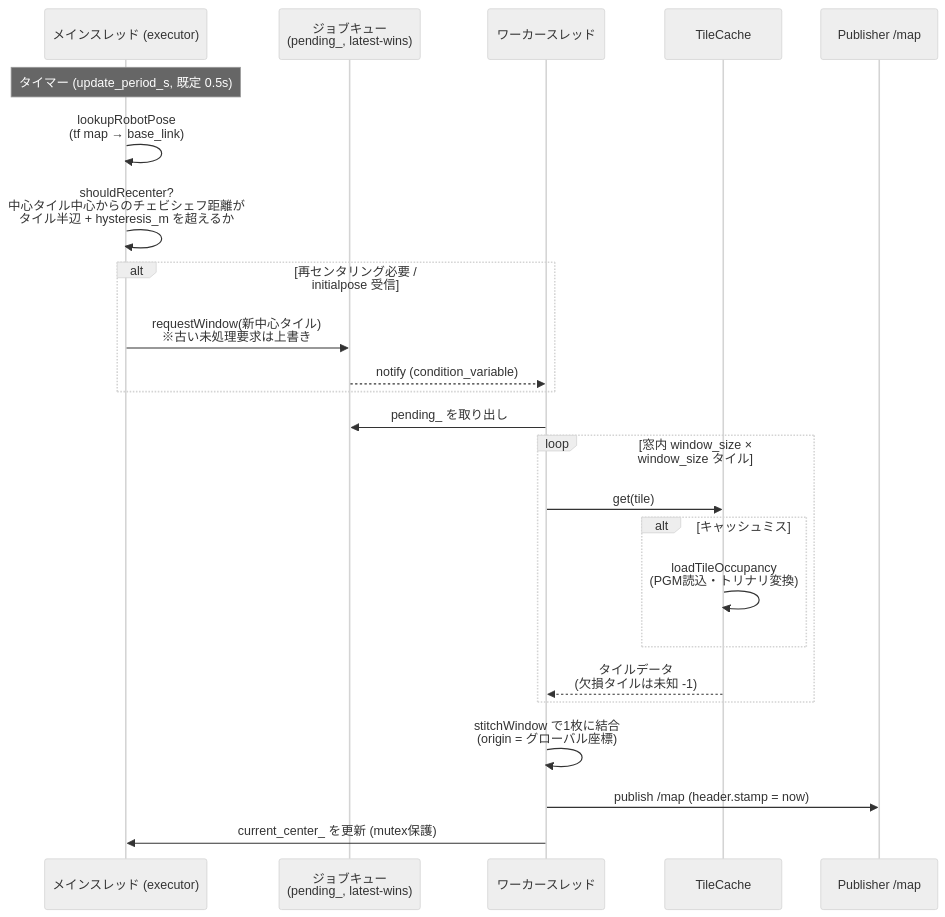
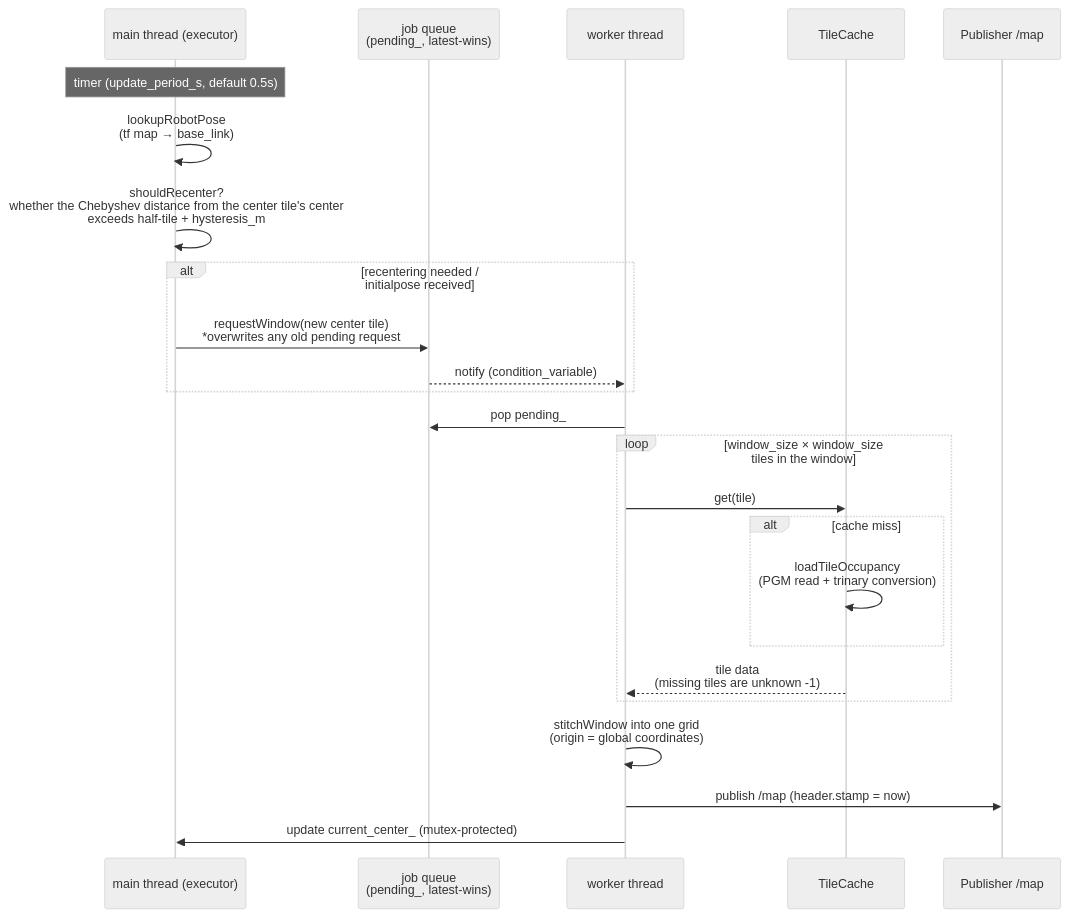
The second of 2 diagrams in tile_map_server/README.md (atinfinity/hierarchical_map_server), drawn with Mermaid (neutral theme) before and after one commit. The commit also changed other lines of this file and 22 other files, not shown here.

````diff
--- a/tile_map_server/README.md
+++ b/tile_map_server/README.md
@@ -63,28 +70,28 @@
 ```mermaid
 sequenceDiagram
-    participant T as メインスレッド (executor)
-    participant Q as ジョブキュー<br/>(pending_, latest-wins)
-    participant W as ワーカースレッド
+    participant T as main thread (executor)
+    participant Q as job queue<br/>(pending_, latest-wins)
+    participant W as worker thread
     participant C as TileCache
     participant P as Publisher /map
 
-    Note over T: タイマー (update_period_s, 既定 0.5s)
+    Note over T: timer (update_period_s, default 0.5s)
     T->>T: lookupRobotPose<br/>(tf map → base_link)
-    T->>T: shouldRecenter?<br/>中心タイル中心からのチェビシェフ距離が<br/>タイル半辺 + hysteresis_m を超えるか
-    alt 再センタリング必要 / initialpose 受信
-        T->>Q: requestWindow(新中心タイル)<br/>※古い未処理要求は上書き
+    T->>T: shouldRecenter?<br/>whether the Chebyshev distance from the center tile's center<br/>exceeds half-tile + hysteresis_m
+    alt recentering needed / initialpose received
+        T->>Q: requestWindow(new center tile)<br/>*overwrites any old pending request
         Q-->>W: notify (condition_variable)
     end
 
-    W->>Q: pending_ を取り出し
-    loop 窓内 window_size × window_size タイル
+    W->>Q: pop pending_
+    loop window_size × window_size tiles in the window
         W->>C: get(tile)
-        alt キャッシュミス
-            C->>C: loadTileOccupancy<br/>(PGM読込・トリナリ変換)
+        alt cache miss
+            C->>C: loadTileOccupancy<br/>(PGM read + trinary conversion)
         end
-        C-->>W: タイルデータ<br/>(欠損タイルは未知 -1)
+        C-->>W: tile data<br/>(missing tiles are unknown -1)
     end
-    W->>W: stitchWindow で1枚に結合<br/>(origin = グローバル座標)
+    W->>W: stitchWindow into one grid<br/>(origin = global coordinates)
     W->>P: publish /map (header.stamp = now)
-    W->>T: current_center_ を更新 (mutex保護)
+    W->>T: update current_center_ (mutex-protected)
 ```
````
